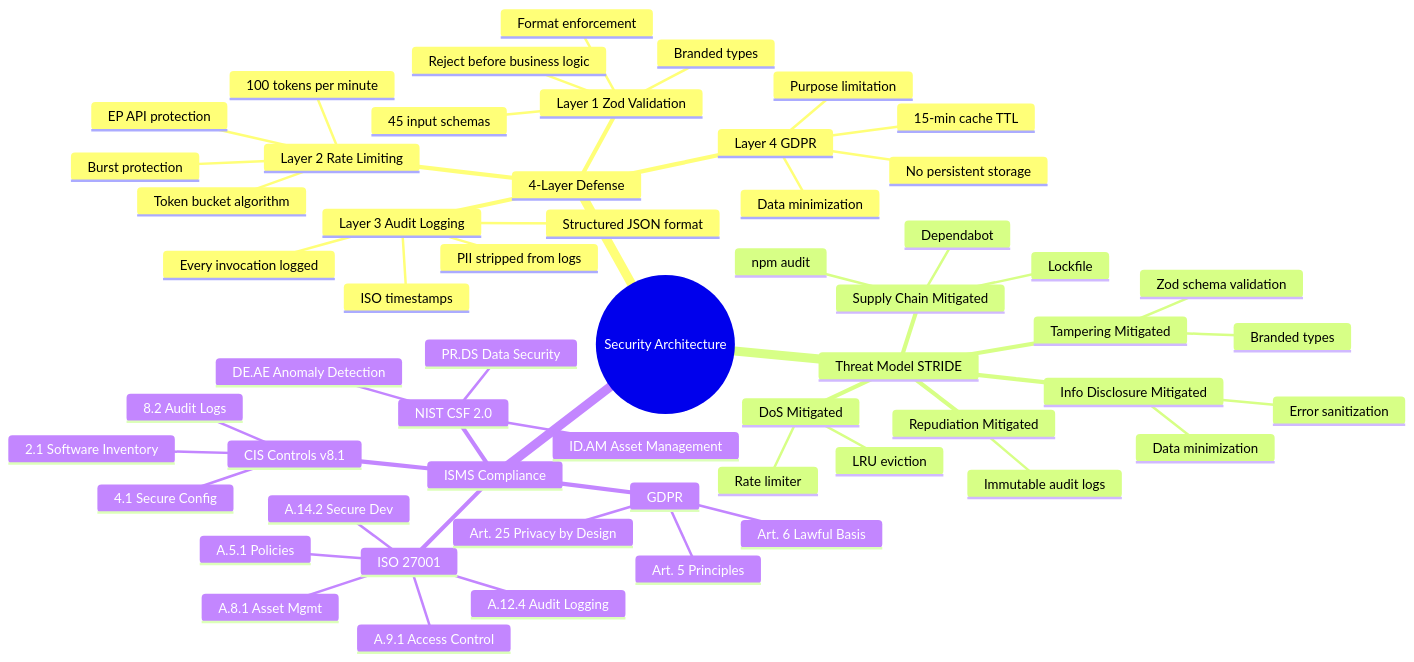
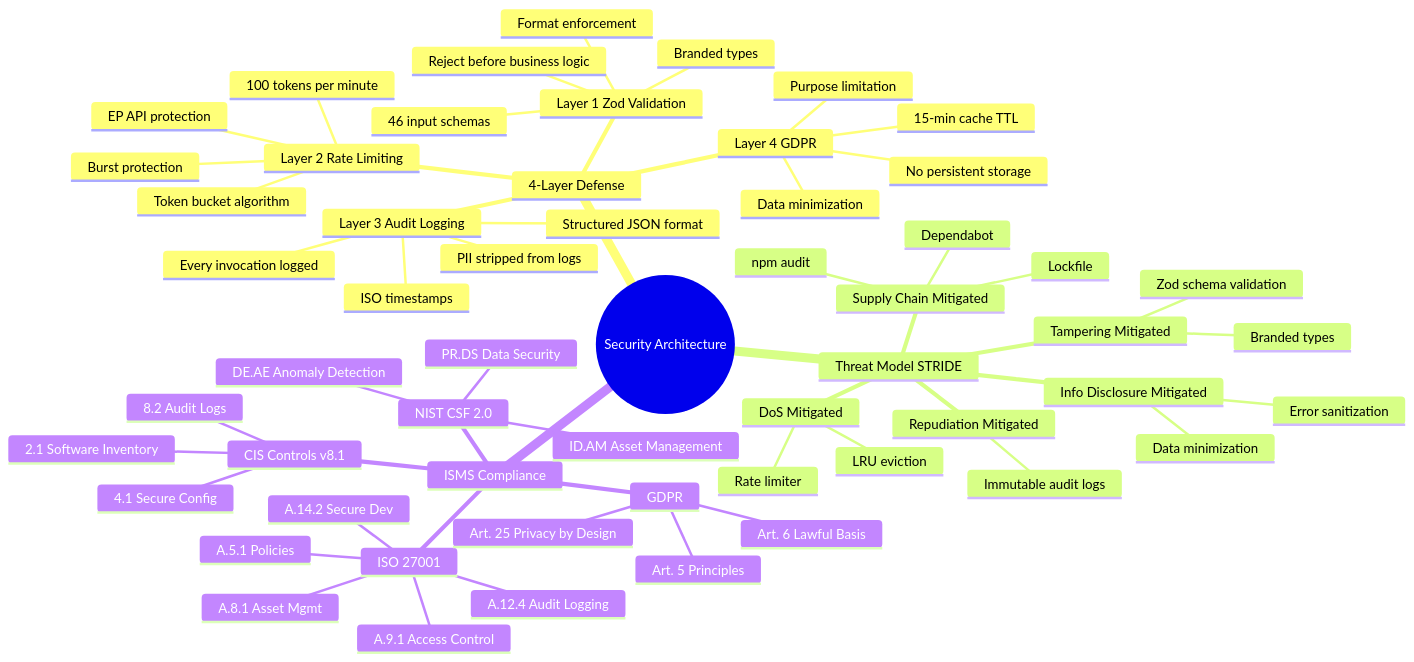
One commit to Hack23/European-Parliament-MCP-Server changed the fourth of 5 diagrams in MINDMAP.md. Above: the diagram before and after it, drawn with Mermaid. The commit also changed other lines of this file and 36 other files, not shown here.

````diff
--- a/MINDMAP.md
+++ b/MINDMAP.md
@@ -310,60 +310,60 @@
 ```mermaid
 mindmap
   root((Security Architecture))
     4-Layer Defense
       Layer 1 Zod Validation
-        45 input schemas
+        46 input schemas
         Branded types
         Format enforcement
         Reject before business logic
       Layer 2 Rate Limiting
         Token bucket algorithm
         100 tokens per minute
         Burst protection
         EP API protection
       Layer 3 Audit Logging
         Every invocation logged
         PII stripped from logs
         ISO timestamps
         Structured JSON format
       Layer 4 GDPR
         Data minimization
         Purpose limitation
         15-min cache TTL
         No persistent storage
     Threat Model STRIDE
       Tampering Mitigated
         Zod schema validation
         Branded types
       Repudiation Mitigated
         Immutable audit logs
       Info Disclosure Mitigated
         Data minimization
         Error sanitization
       DoS Mitigated
         Rate limiter
         LRU eviction
       Supply Chain Mitigated
         Dependabot
         npm audit
         Lockfile
     ISMS Compliance
       ISO 27001
         A.5.1 Policies
         A.8.1 Asset Mgmt
         A.9.1 Access Control
         A.12.4 Audit Logging
         A.14.2 Secure Dev
       NIST CSF 2.0
         ID.AM Asset Management
         PR.DS Data Security
         DE.AE Anomaly Detection
       CIS Controls v8.1
         2.1 Software Inventory
         4.1 Secure Config
         8.2 Audit Logs
       GDPR
         Art. 5 Principles
         Art. 25 Privacy by Design
         Art. 6 Lawful Basis
 ```
````
